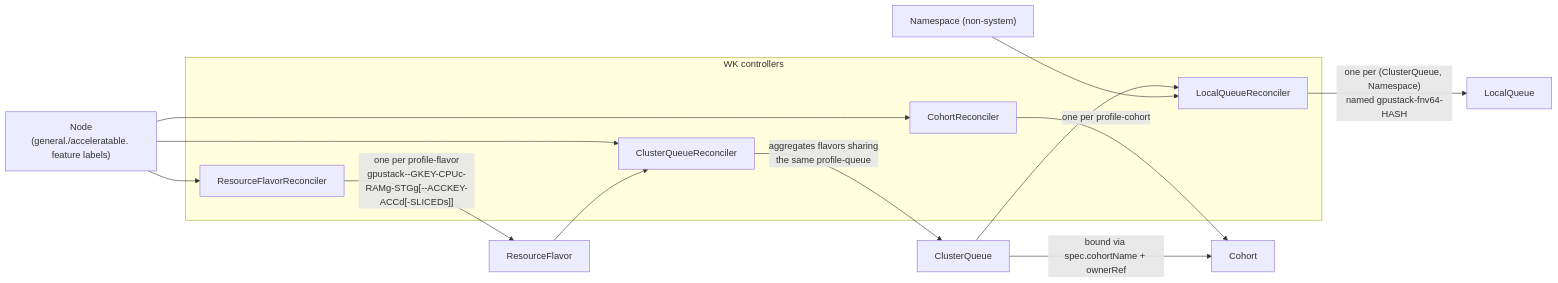
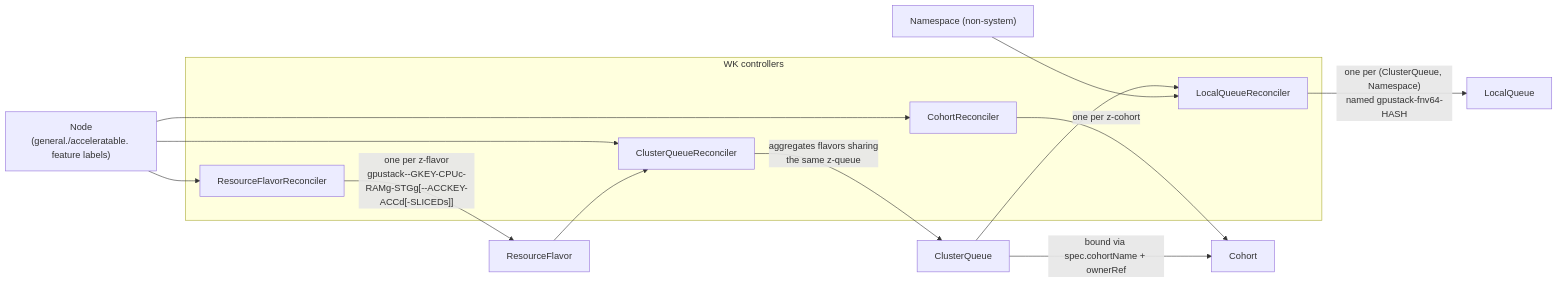
Before and after one commit to gpustack/gpustack-operator: the second of 2 diagrams in docs/architecture.md, drawn with Mermaid. The commit also changed other lines of this file and 4 other files, not shown here.

````diff
--- a/docs/architecture.md
+++ b/docs/architecture.md
@@ -155,24 +155,24 @@
 ```mermaid
 flowchart LR
     NODE["Node<br/>(general./acceleratable. feature labels)"]
 
     subgraph controllers["WK controllers"]
         RFR["ResourceFlavorReconciler"]
         COR["CohortReconciler"]
         CQR["ClusterQueueReconciler"]
         LQR["LocalQueueReconciler"]
     end
 
     NODE --> RFR
     NODE --> COR
     NODE --> CQR
 
-    RFR -- "one per profile-flavor<br/>gpustack--GKEY-CPUc-RAMg-STGg[--ACCKEY-ACCd[-SLICEDs]]" --> RF["ResourceFlavor"]
-    COR -- "one per profile-cohort" --> CO["Cohort"]
+    RFR -- "one per z-flavor<br/>gpustack--GKEY-CPUc-RAMg-STGg[--ACCKEY-ACCd[-SLICEDs]]" --> RF["ResourceFlavor"]
+    COR -- "one per z-cohort" --> CO["Cohort"]
     RF --> CQR
-    CQR -- "aggregates flavors sharing<br/>the same profile-queue" --> CQ["ClusterQueue"]
+    CQR -- "aggregates flavors sharing<br/>the same z-queue" --> CQ["ClusterQueue"]
     CQ -- "bound via spec.cohortName + ownerRef" --> CO
     CQ --> LQR
     NS["Namespace (non-system)"] --> LQR
     LQR -- "one per (ClusterQueue, Namespace)<br/>named gpustack-fnv64-HASH" --> LQ["LocalQueue"]
 ```
````
